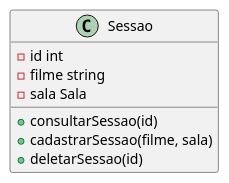
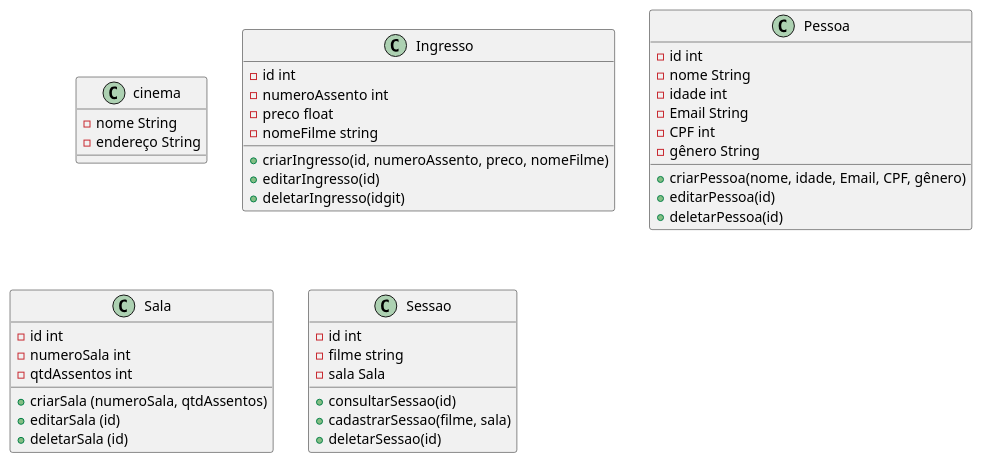
Before and after one commit to anleaes/2023-1-N1-POO-04: the diagram in Sessao.plantuml, drawn with PlantUML.

Commit message:
Update Sessao.plantuml
Main finalizada

```diff
--- a/Sessao.plantuml
+++ b/Sessao.plantuml
@@ -1,12 +1,49 @@
-@startuml sessao 
+@startuml Cinema
+
+class cinema{
+    - nome String
+    - endereço String
+}
+
+class Ingresso {
+    - id int
+    - numeroAssento int
+    - preco float
+    - nomeFilme string
+    + criarIngresso(id, numeroAssento, preco, nomeFilme)
+    + editarIngresso(id)
+    + deletarIngresso(idgit)
+    
+}
+
+class Pessoa{
+    - id int
+    - nome String
+    - idade int
+    - Email String
+    - CPF int
+    - gênero String
+    + criarPessoa(nome, idade, Email, CPF, gênero)
+    + editarPessoa(id)
+    + deletarPessoa(id)
+
+}
+
+class Sala{
+    - id int
+    - numeroSala int 
+    - qtdAssentos int 
+    + criarSala (numeroSala, qtdAssentos)
+    + editarSala (id)
+    + deletarSala (id)
+}
 
 class Sessao{
     -id int
     -filme string
     -sala Sala
     +consultarSessao(id)
     +cadastrarSessao(filme, sala)
     +deletarSessao(id)
 }
-
 @enduml
```
